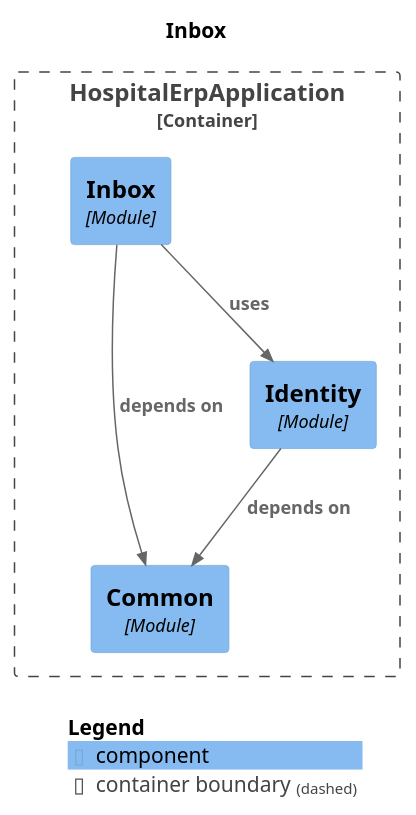
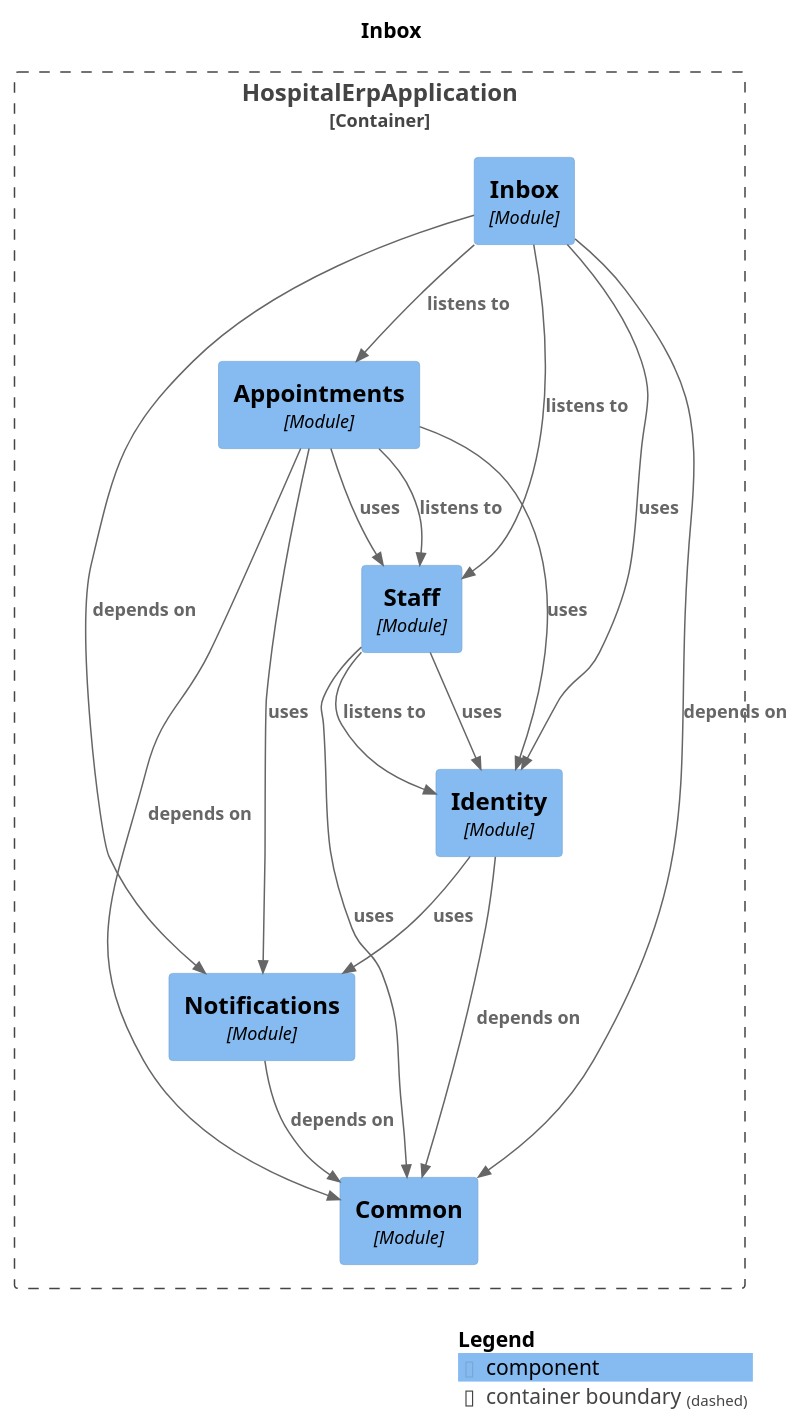
Before and after one commit to harshsharma5720/HospitalERP: the diagram in docs/modules/module-inbox.puml, drawn with PlantUML. The commit also changed 33 other files, not shown here.

```diff
--- a/docs/modules/module-inbox.puml
+++ b/docs/modules/module-inbox.puml
@@ -1,22 +1,38 @@
 @startuml
 set separator none
 title Inbox
 
 top to bottom direction
 
 !include <C4/C4>
 !include <C4/C4_Context>
 !include <C4/C4_Component>
 
 Container_Boundary("HospitalErpApplication.HospitalErpApplication_boundary", "HospitalErpApplication", $tags="") {
+  Component(HospitalErpApplication.HospitalErpApplication.Appointments, "Appointments", $techn="Module", $descr="", $tags="", $link="")
+  Component(HospitalErpApplication.HospitalErpApplication.Inbox, "Inbox", $techn="Module", $descr="", $tags="", $link="")
   Component(HospitalErpApplication.HospitalErpApplication.Common, "Common", $techn="Module", $descr="", $tags="", $link="")
+  Component(HospitalErpApplication.HospitalErpApplication.Notifications, "Notifications", $techn="Module", $descr="", $tags="", $link="")
   Component(HospitalErpApplication.HospitalErpApplication.Identity, "Identity", $techn="Module", $descr="", $tags="", $link="")
-  Component(HospitalErpApplication.HospitalErpApplication.Inbox, "Inbox", $techn="Module", $descr="", $tags="", $link="")
+  Component(HospitalErpApplication.HospitalErpApplication.Staff, "Staff", $techn="Module", $descr="", $tags="", $link="")
 }
 
+Rel(HospitalErpApplication.HospitalErpApplication.Appointments, HospitalErpApplication.HospitalErpApplication.Staff, "listens to", $techn="", $tags="", $link="")
+Rel(HospitalErpApplication.HospitalErpApplication.Appointments, HospitalErpApplication.HospitalErpApplication.Common, "depends on", $techn="", $tags="", $link="")
+Rel(HospitalErpApplication.HospitalErpApplication.Appointments, HospitalErpApplication.HospitalErpApplication.Staff, "uses", $techn="", $tags="", $link="")
+Rel(HospitalErpApplication.HospitalErpApplication.Appointments, HospitalErpApplication.HospitalErpApplication.Identity, "uses", $techn="", $tags="", $link="")
+Rel(HospitalErpApplication.HospitalErpApplication.Appointments, HospitalErpApplication.HospitalErpApplication.Notifications, "uses", $techn="", $tags="", $link="")
+Rel(HospitalErpApplication.HospitalErpApplication.Identity, HospitalErpApplication.HospitalErpApplication.Common, "depends on", $techn="", $tags="", $link="")
+Rel(HospitalErpApplication.HospitalErpApplication.Identity, HospitalErpApplication.HospitalErpApplication.Notifications, "uses", $techn="", $tags="", $link="")
+Rel(HospitalErpApplication.HospitalErpApplication.Notifications, HospitalErpApplication.HospitalErpApplication.Common, "depends on", $techn="", $tags="", $link="")
+Rel(HospitalErpApplication.HospitalErpApplication.Inbox, HospitalErpApplication.HospitalErpApplication.Staff, "listens to", $techn="", $tags="", $link="")
+Rel(HospitalErpApplication.HospitalErpApplication.Inbox, HospitalErpApplication.HospitalErpApplication.Appointments, "listens to", $techn="", $tags="", $link="")
 Rel(HospitalErpApplication.HospitalErpApplication.Inbox, HospitalErpApplication.HospitalErpApplication.Common, "depends on", $techn="", $tags="", $link="")
+Rel(HospitalErpApplication.HospitalErpApplication.Inbox, HospitalErpApplication.HospitalErpApplication.Notifications, "depends on", $techn="", $tags="", $link="")
 Rel(HospitalErpApplication.HospitalErpApplication.Inbox, HospitalErpApplication.HospitalErpApplication.Identity, "uses", $techn="", $tags="", $link="")
-Rel(HospitalErpApplication.HospitalErpApplication.Identity, HospitalErpApplication.HospitalErpApplication.Common, "depends on", $techn="", $tags="", $link="")
+Rel(HospitalErpApplication.HospitalErpApplication.Staff, HospitalErpApplication.HospitalErpApplication.Identity, "listens to", $techn="", $tags="", $link="")
+Rel(HospitalErpApplication.HospitalErpApplication.Staff, HospitalErpApplication.HospitalErpApplication.Identity, "uses", $techn="", $tags="", $link="")
+Rel(HospitalErpApplication.HospitalErpApplication.Staff, HospitalErpApplication.HospitalErpApplication.Common, "uses", $techn="", $tags="", $link="")
 
 SHOW_LEGEND(true)
 @enduml
```
